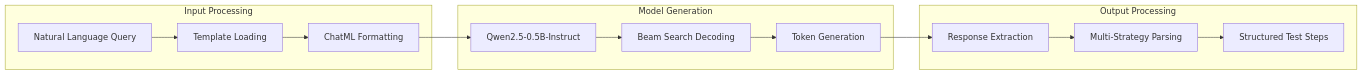
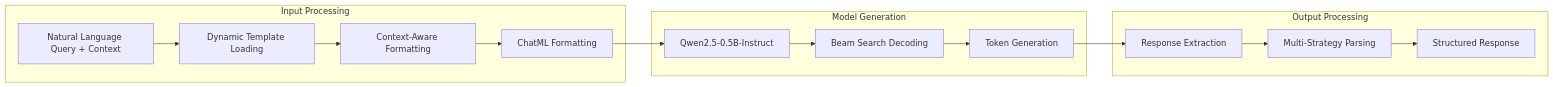
Before and after one commit to Psilocybin2K/qwen-rl: the third of 12 diagrams in README.md, drawn with Mermaid. The commit also changed other lines of this file, not shown here.

````diff
--- a/README.md
+++ b/README.md
@@ -118,19 +132,20 @@
 ```mermaid
 graph LR
     subgraph "Input Processing"
-        A[Natural Language Query] --> B[Template Loading]
-        B --> C[ChatML Formatting]
+        A[Natural Language Query + Context] --> B[Dynamic Template Loading]
+        B --> C[Context-Aware Formatting]
+        C --> D[ChatML Formatting]
     end
     
     subgraph "Model Generation"
-        C --> D[Qwen2.5-0.5B-Instruct]
-        D --> E[Beam Search Decoding]
-        E --> F[Token Generation]
+        D --> E[Qwen2.5-0.5B-Instruct]
+        E --> F[Beam Search Decoding]
+        F --> G[Token Generation]
     end
     
     subgraph "Output Processing"
-        F --> G[Response Extraction]
-        G --> H[Multi-Strategy Parsing]
-        H --> I[Structured Test Steps]
+        G --> H[Response Extraction]
+        H --> I[Multi-Strategy Parsing]
+        I --> J[Structured Response]
     end
 ```
````
